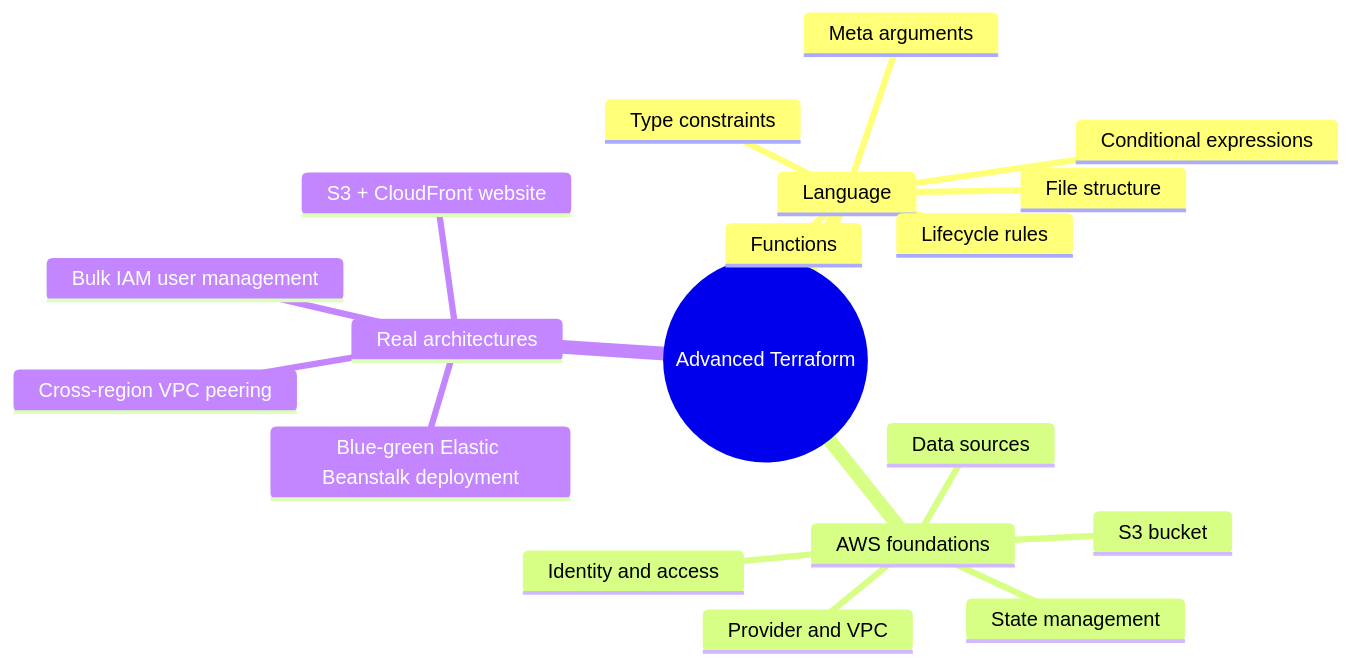
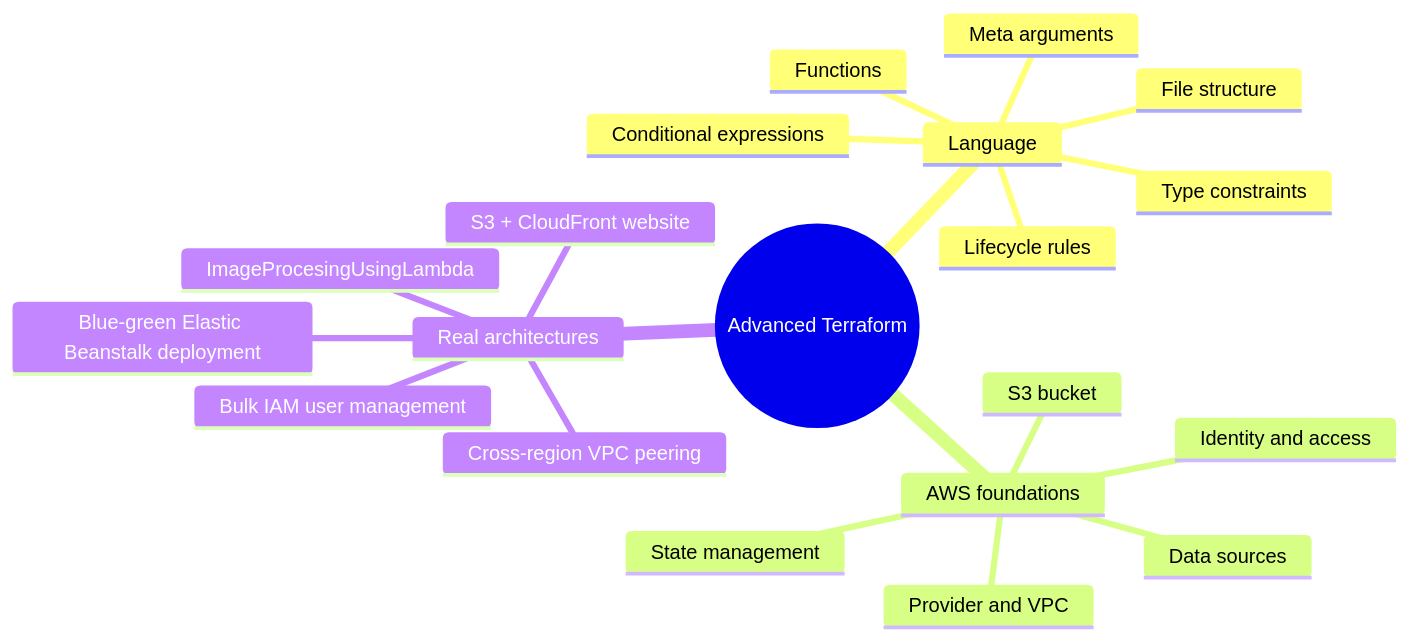
The first of 2 diagrams in README.md (Shashwatyarr/Advanced-Terraform), drawn with Mermaid before and after one commit.

Commit message:
Readme Updated

````diff
--- a/README.md
+++ b/README.md
@@ -7,23 +7,24 @@
 ```mermaid
 mindmap
   root((Advanced Terraform))
     Language
       Conditional expressions
       Functions
       Type constraints
       Meta arguments
       Lifecycle rules
       File structure
     AWS foundations
       Provider and VPC
       S3 bucket
       Data sources
       State management
       Identity and access
         
     Real architectures
       S3 + CloudFront website
       Cross-region VPC peering
       Bulk IAM user management
+      ImageProcesingUsingLambda
       Blue-green Elastic Beanstalk deployment
 ```
````
